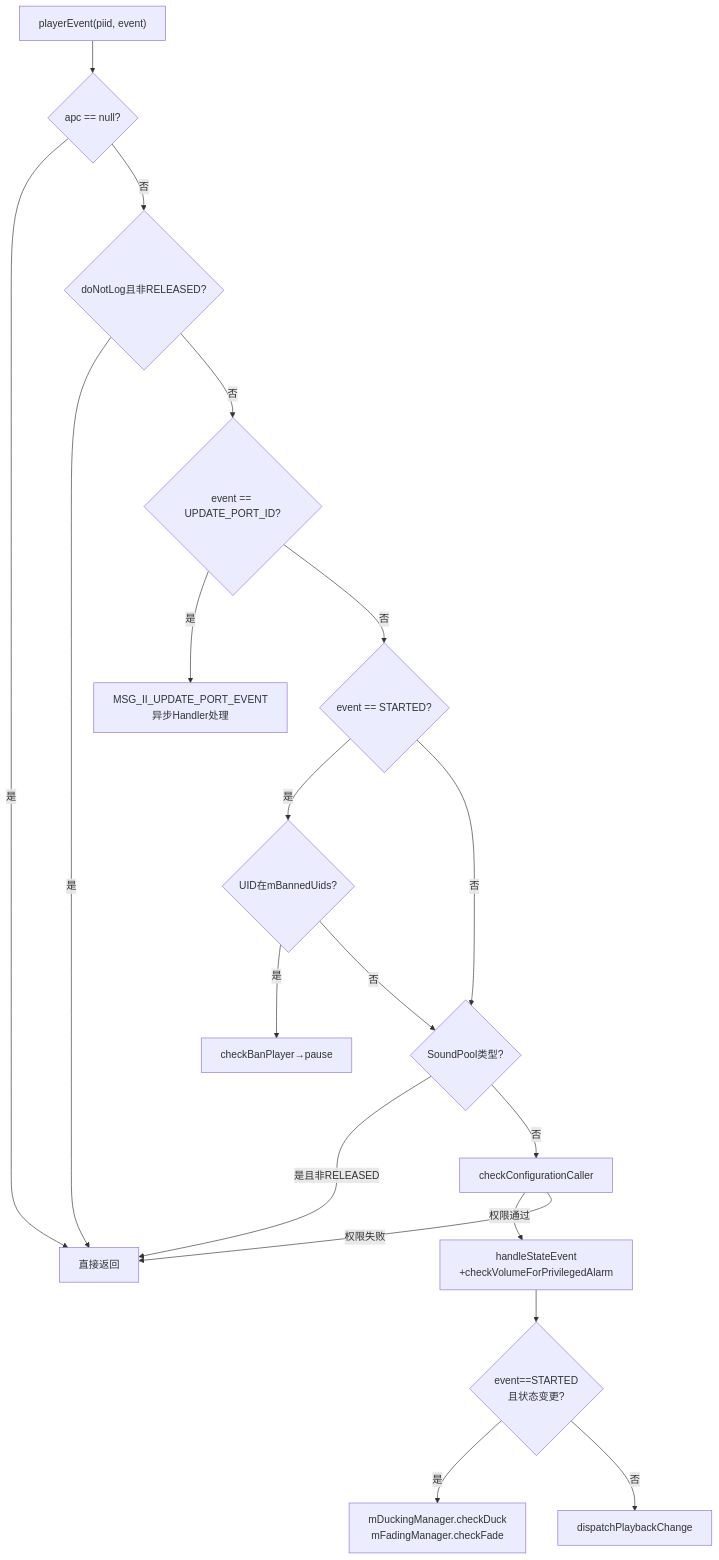
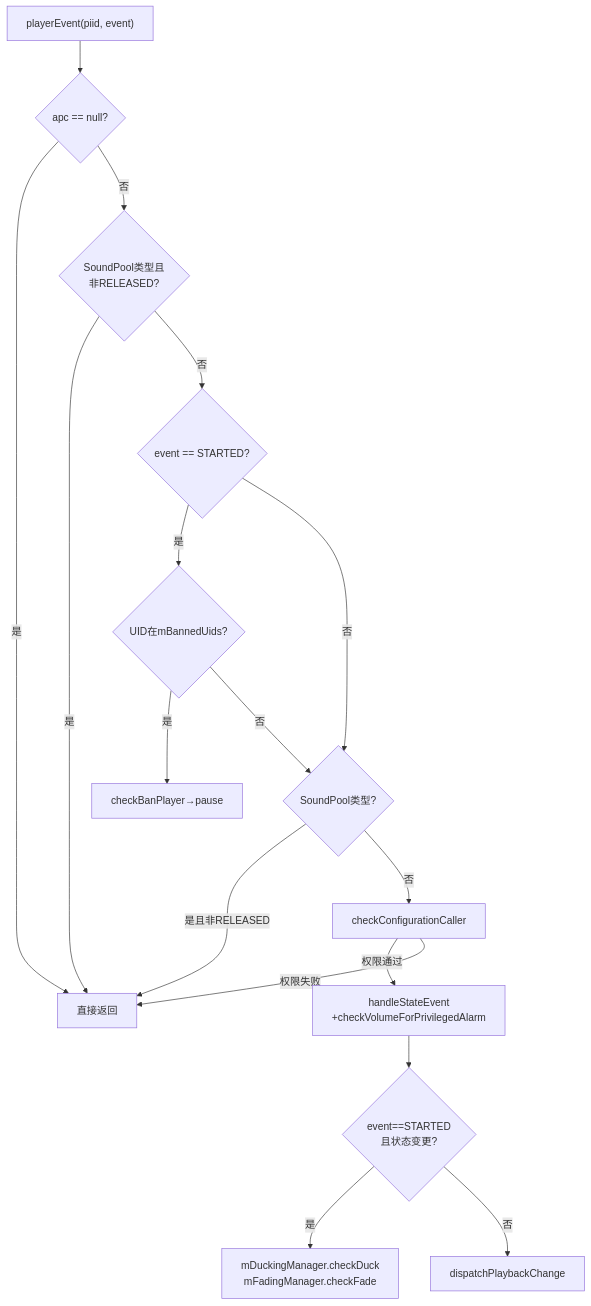
Before and after one commit to yanglinzhen1022/SA8295_AAOS_QNX_Audio_KnowledgeBase: the second of 4 diagrams in 03_Java_Framework_Layer/03_3.6_PlaybackActivityMonitor-播放状态追踪.md, drawn with Mermaid. The commit also changed other lines of this file and 6 other files, not shown here.

````diff
--- a/03_Java_Framework_Layer/03_3.6_PlaybackActivityMonitor-播放状态追踪.md
+++ b/03_Java_Framework_Layer/03_3.6_PlaybackActivityMonitor-播放状态追踪.md
@@ -290,21 +260,19 @@
 ```mermaid
 flowchart TD
     A["playerEvent(piid, event)"] --> B{"apc == null?"}
     B -->|"是"| C["直接返回"]
-    B -->|"否"| D{"doNotLog且非RELEASED?"}
+    B -->|"否"| D{"SoundPool类型且<br/>非RELEASED?"}
     D -->|"是"| C
-    D -->|"否"| E{"event == UPDATE_PORT_ID?"}
-    E -->|"是"| F["MSG_II_UPDATE_PORT_EVENT<br/>异步Handler处理"]
-    E -->|"否"| G{"event == STARTED?"}
+    D -->|"否"| G{"event == STARTED?"}
     G -->|"是"| H{"UID在mBannedUids?"}
     H -->|"是"| I["checkBanPlayer→pause"]
     H -->|"否"| J{"SoundPool类型?"}
     G -->|"否"| J
     J -->|"是且非RELEASED"| C
     J -->|"否"| K["checkConfigurationCaller"]
     K -->|"权限通过"| L["handleStateEvent<br/>+checkVolumeForPrivilegedAlarm"]
     K -->|"权限失败"| C
     L --> M{"event==STARTED<br/>且状态变更?"}
     M -->|"是"| N["mDuckingManager.checkDuck<br/>mFadingManager.checkFade"]
     M -->|"否"| O["dispatchPlaybackChange"]
 ```
````
